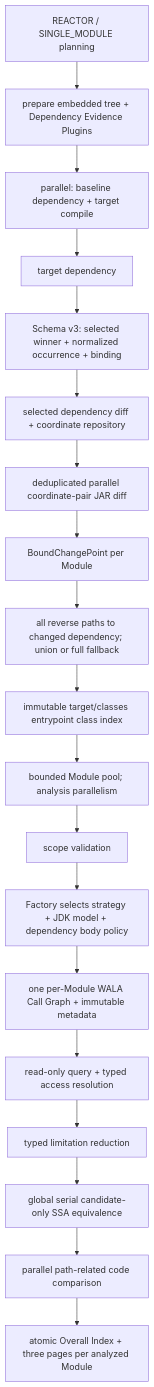
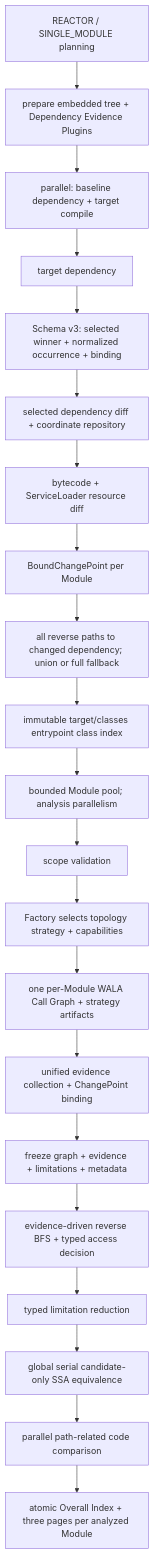
Before and after one commit to ymyii/change-impact-analyze: the diagram in wiki/architecture/dependency-analysis-pipelines.md, drawn with Mermaid. The commit also changed other lines of this file and 128 other files, not shown here.

First line of the commit message:
feat(callgraph)!: add WALA CHA and unified evidence

````diff
--- a/wiki/architecture/dependency-analysis-pipelines.md
+++ b/wiki/architecture/dependency-analysis-pipelines.md
@@ -52,21 +58,23 @@
 ```mermaid
 flowchart TD
   Scope["REACTOR / SINGLE_MODULE planning"] --> Plugin["prepare embedded tree + Dependency Evidence Plugins"]
   Plugin --> Front
   Front["parallel: baseline dependency + target compile"] --> TargetDep["target dependency"]
   TargetDep --> Evidence["Schema v3: selected winner + normalized occurrence + binding"]
   Evidence --> DepDiff["selected dependency diff + coordinate repository"]
-  DepDiff --> JarDiff["deduplicated parallel coordinate-pair JAR diff"]
+  DepDiff --> JarDiff["bytecode + ServiceLoader resource diff"]
   JarDiff --> Bind["BoundChangePoint per Module"]
   Bind --> PathPlan["all reverse paths to changed dependency; union or full fallback"]
   PathPlan --> EntrySelection["immutable target/classes entrypoint class index"]
   EntrySelection --> ModulePool["bounded Module pool; analysis parallelism"]
   ModulePool --> ScopeValidation["scope validation"]
-  ScopeValidation --> Strategy["Factory selects strategy + JDK model + dependency body policy"]
-  Strategy --> CFA["one per-Module WALA Call Graph + immutable metadata"]
-  CFA --> Query["read-only query + typed access resolution"]
+  ScopeValidation --> Strategy["Factory selects topology strategy + capabilities"]
+  Strategy --> CFA["one per-Module WALA Call Graph + strategy artifacts"]
+  CFA --> Collector["unified evidence collection + ChangePoint binding"]
+  Collector --> Session["freeze graph + evidence + limitations + metadata"]
+  Session --> Query["evidence-driven reverse BFS + typed access decision"]
   Query --> Coverage["typed limitation reduction"]
   Coverage --> SSA["global serial candidate-only SSA equivalence"]
   SSA --> Decompile["parallel path-related code comparison"]
   Decompile --> Report["atomic Overall Index + three pages per analyzed Module"]
 ```
````
